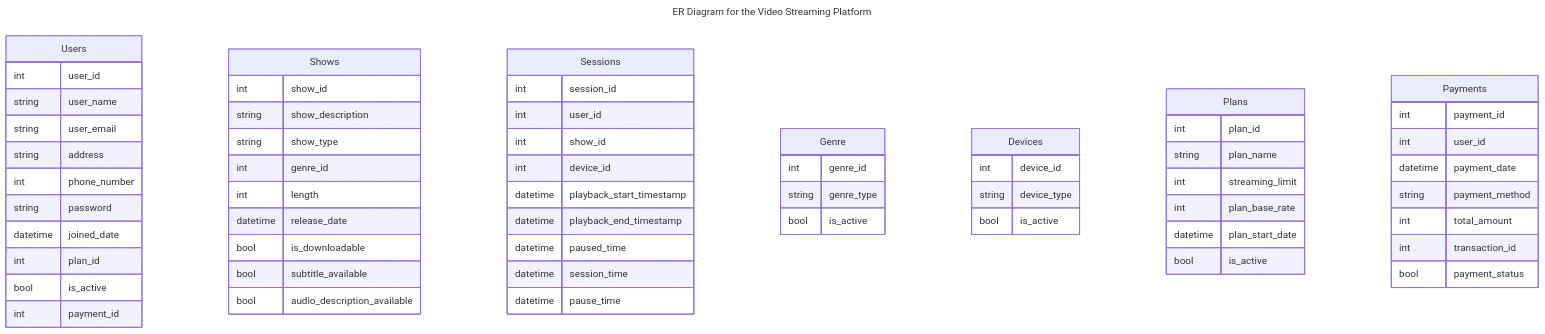
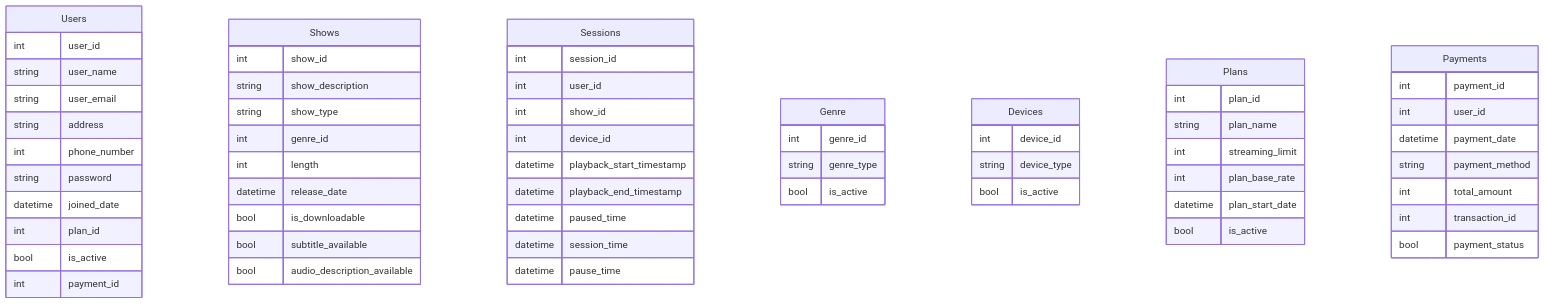
One commit to vidishsirdesai/video_streaming_platforms_hld changed the diagram in README.md. Above: the diagram before and after it, drawn with Mermaid.

````diff
--- a/README.md
+++ b/README.md
@@ -139,67 +139,64 @@
 ```mermaid
----
-title: ER Diagram for the Video Streaming Platform
----
 erDiagram
     a["Users"] {
         int user_id
         string user_name
         string user_email
         string address
         int phone_number
         string password
         datetime joined_date
         int plan_id
         bool is_active
         int payment_id
     }
     b["Shows"] {
         int show_id
         string show_description
         string show_type
         int genre_id
         int length
         datetime release_date
         bool is_downloadable
         bool subtitle_available 
         bool audio_description_available
     }
     c["Sessions"] {
         int session_id
         int user_id
         int show_id
         int device_id
         datetime playback_start_timestamp
         datetime playback_end_timestamp
         datetime paused_time
         datetime session_time
         datetime pause_time
     }
     d["Genre"] {
         int genre_id
         string genre_type
         bool is_active
     }
     e["Devices"] {
         int device_id
         string device_type
         bool is_active
     }
     f["Plans"] {
         int plan_id
         string plan_name
         int streaming_limit
         int plan_base_rate
         datetime plan_start_date
         bool is_active
     }
     g["Payments"] {
         int payment_id
         int user_id
         datetime payment_date
         string payment_method
         int total_amount
         int transaction_id
         bool payment_status
     }
 ```
````
